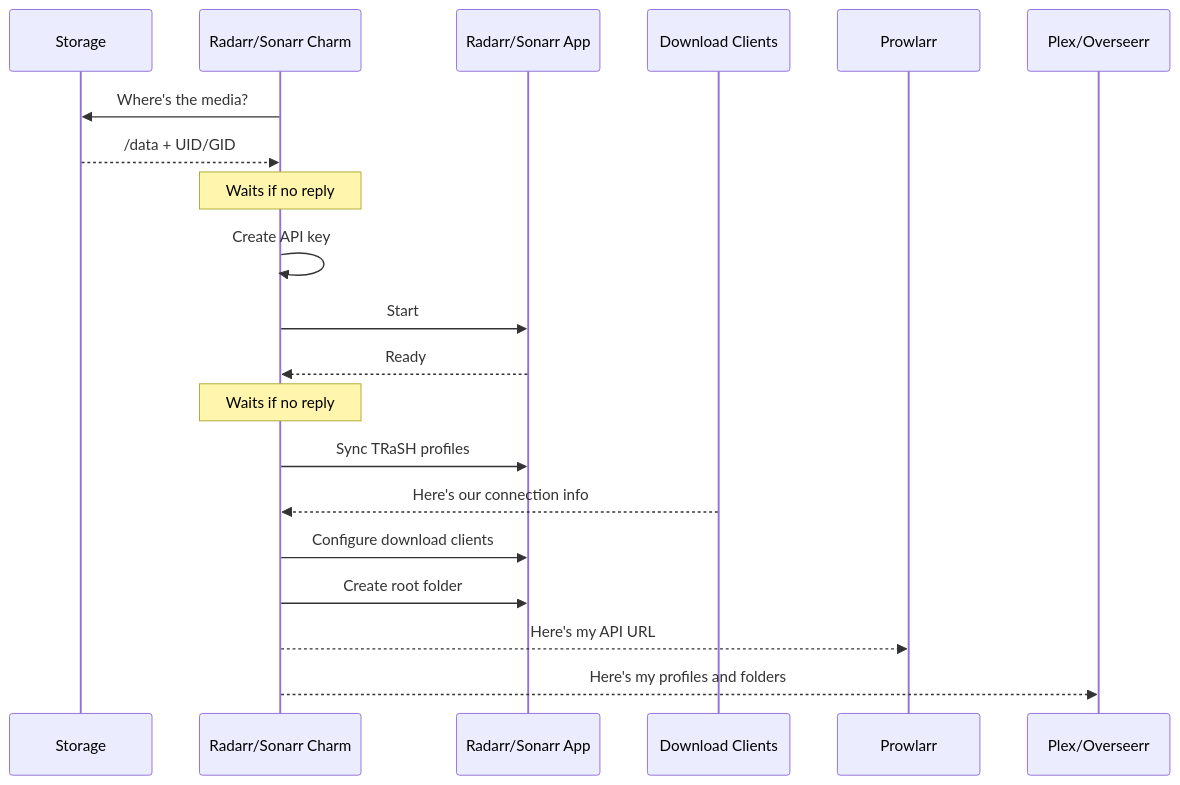
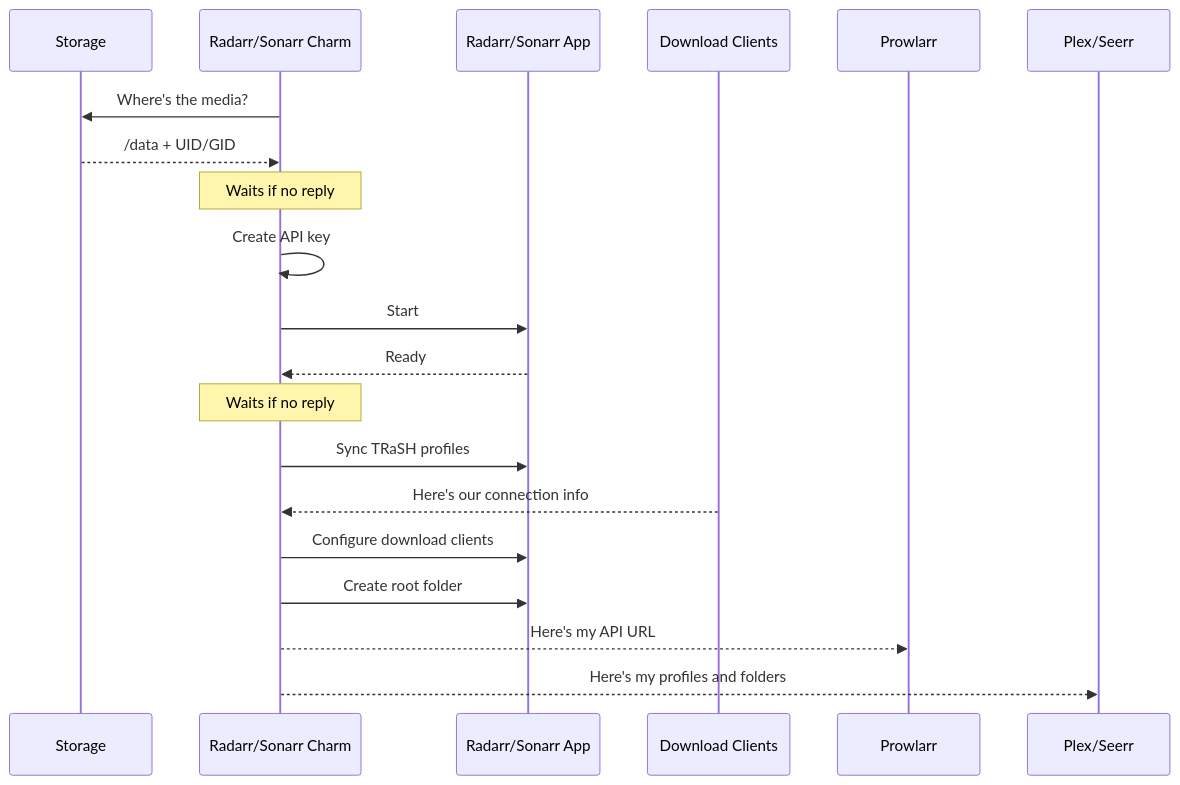
Before and after one commit to charmarr/charmarr: the diagram in docs/charms/media-manager.md, drawn with Mermaid. The commit also changed other lines of this file and 68 other files, not shown here.

````diff
--- a/docs/charms/media-manager.md
+++ b/docs/charms/media-manager.md
@@ -27,25 +27,25 @@
 ```mermaid
 sequenceDiagram
     participant Storage
     participant RC as Radarr/Sonarr Charm
     participant App as Radarr/Sonarr App
     participant DC as Download Clients
 
     RC->>Storage: Where's the media?
     Storage-->>RC: /data + UID/GID
     Note over RC: Waits if no reply
 
     RC->>RC: Create API key
     RC->>App: Start
     App-->>RC: Ready
     Note over RC: Waits if no reply
 
     RC->>App: Sync TRaSH profiles
 
     DC-->>RC: Here's our connection info
     RC->>App: Configure download clients
 
     RC->>App: Create root folder
     RC-->>Prowlarr: Here's my API URL
-    RC-->>Plex/Overseerr: Here's my profiles and folders
+    RC-->>Plex/Seerr: Here's my profiles and folders
 ```
````
